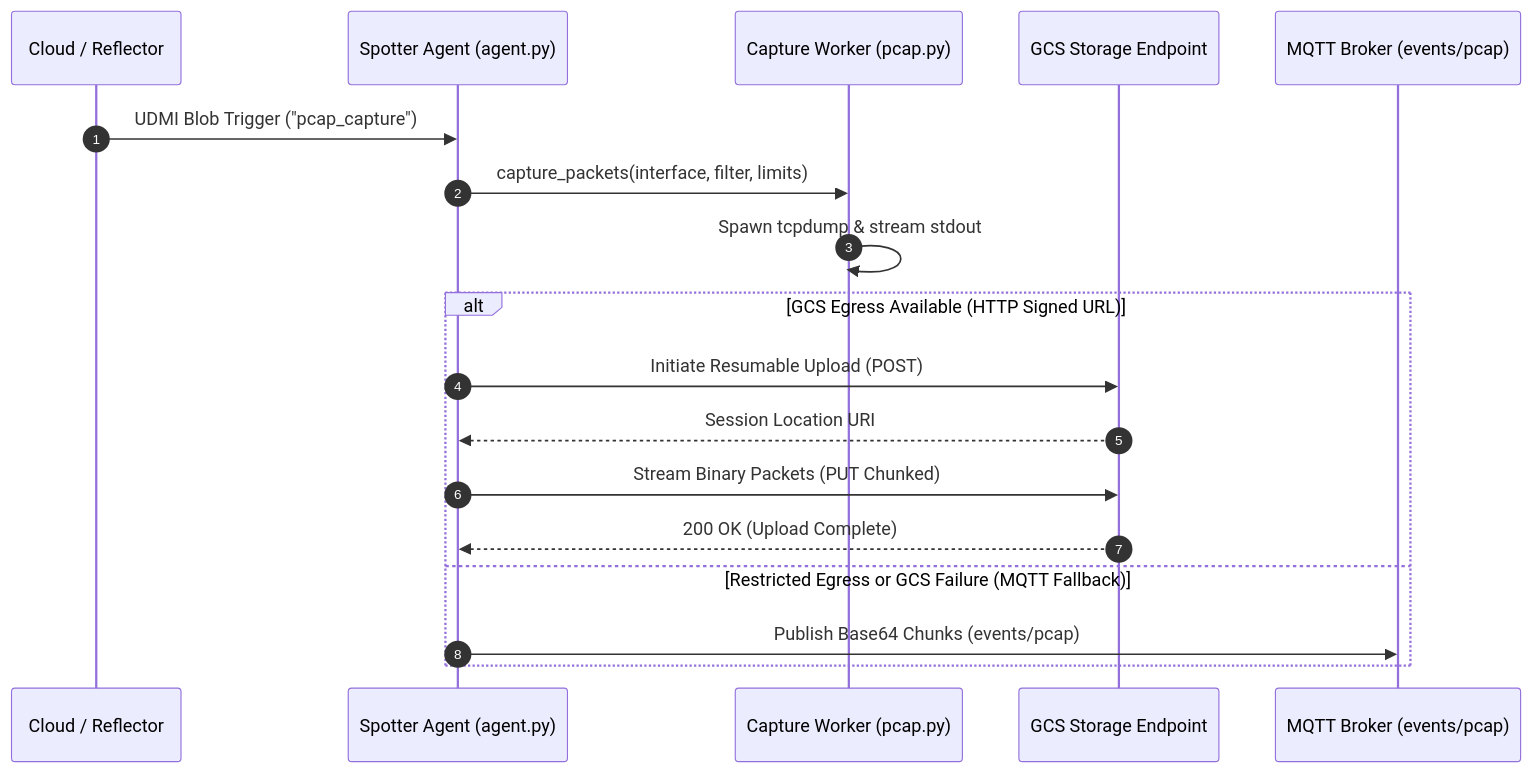
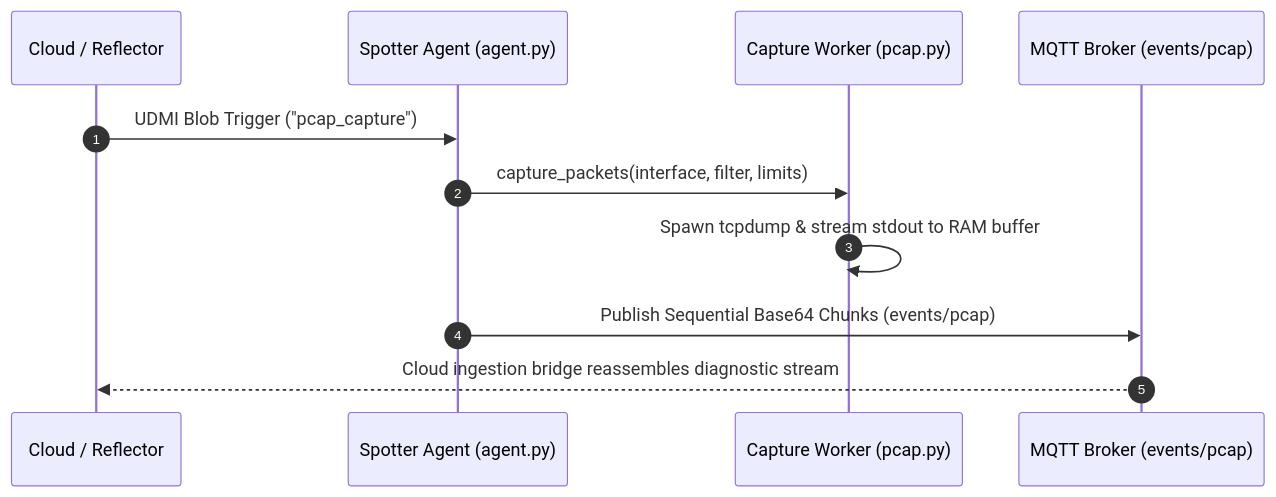
Before and after one commit to faucetsdn/udmi: the second of 2 diagrams in edge/spotter/README.md, drawn with Mermaid. The commit also changed other lines of this file and 21 other files, not shown here.

First line of the commit message:
Add StreamEvents schema and align Spotter documentation with exclusive MQTT streaming

````diff
--- a/edge/spotter/README.md
+++ b/edge/spotter/README.md
@@ -53,22 +53,14 @@
 ```mermaid
 sequenceDiagram
     autonumber
     participant Cloud as Cloud / Reflector
     participant Agent as Spotter Agent (agent.py)
     participant PCAP as Capture Worker (pcap.py)
-    participant GCS as GCS Storage Endpoint
     participant MQTT as MQTT Broker (events/pcap)
 
     Cloud->>Agent: UDMI Blob Trigger ("pcap_capture")
     Agent->>PCAP: capture_packets(interface, filter, limits)
-    PCAP->>PCAP: Spawn tcpdump & stream stdout
-    
-    alt GCS Egress Available (HTTP Signed URL)
-        Agent->>GCS: Initiate Resumable Upload (POST)
-        GCS-->>Agent: Session Location URI
-        Agent->>GCS: Stream Binary Packets (PUT Chunked)
-        GCS-->>Agent: 200 OK (Upload Complete)
-    else Restricted Egress or GCS Failure (MQTT Fallback)
-        Agent->>MQTT: Publish Base64 Chunks (events/pcap)
-    end
+    PCAP->>PCAP: Spawn tcpdump & stream stdout to RAM buffer
+    Agent->>MQTT: Publish Sequential Base64 Chunks (events/pcap)
+    MQTT-->>Cloud: Cloud ingestion bridge reassembles diagnostic stream
 ```
````
